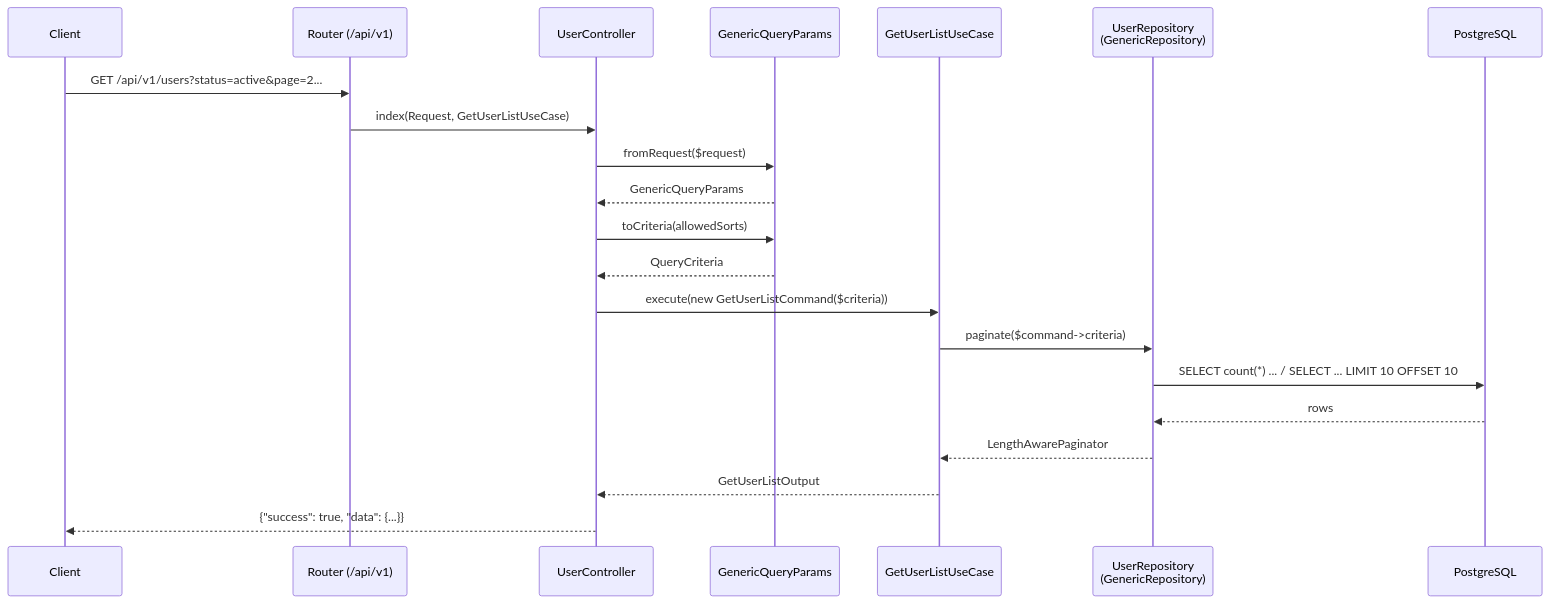
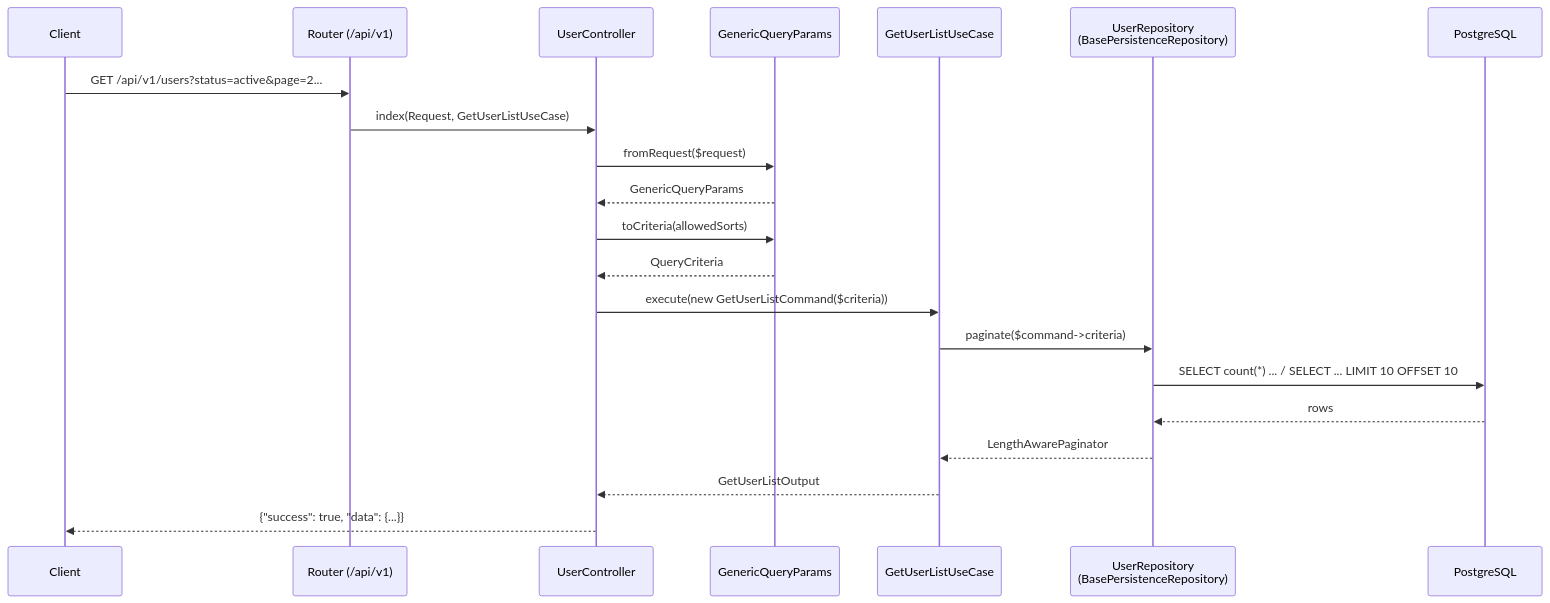
The diagram in README.md (fujimiya-shion/taytrongbantay-backend), drawn with Mermaid before and after one commit. The commit also changed other lines of this file and 119 other files, not shown here.

````diff
--- a/README.md
+++ b/README.md
@@ -668,24 +788,24 @@
 ```mermaid
 sequenceDiagram
     participant C as Client
     participant R as Router (/api/v1)
     participant Ctl as UserController
     participant QP as GenericQueryParams
     participant UC as GetUserListUseCase
-    participant Repo as UserRepository<br/>(GenericRepository)
+    participant Repo as UserRepository<br/>(BasePersistenceRepository)
     participant DB as PostgreSQL
 
     C->>R: GET /api/v1/users?status=active&page=2...
     R->>Ctl: index(Request, GetUserListUseCase)
     Ctl->>QP: fromRequest($request)
     QP-->>Ctl: GenericQueryParams
     Ctl->>QP: toCriteria(allowedSorts)
     QP-->>Ctl: QueryCriteria
     Ctl->>UC: execute(new GetUserListCommand($criteria))
     UC->>Repo: paginate($command->criteria)
     Repo->>DB: SELECT count(*) ... / SELECT ... LIMIT 10 OFFSET 10
     DB-->>Repo: rows
     Repo-->>UC: LengthAwarePaginator
     UC-->>Ctl: GetUserListOutput
     Ctl-->>C: {"success": true, "data": {...}}
 ```
````
